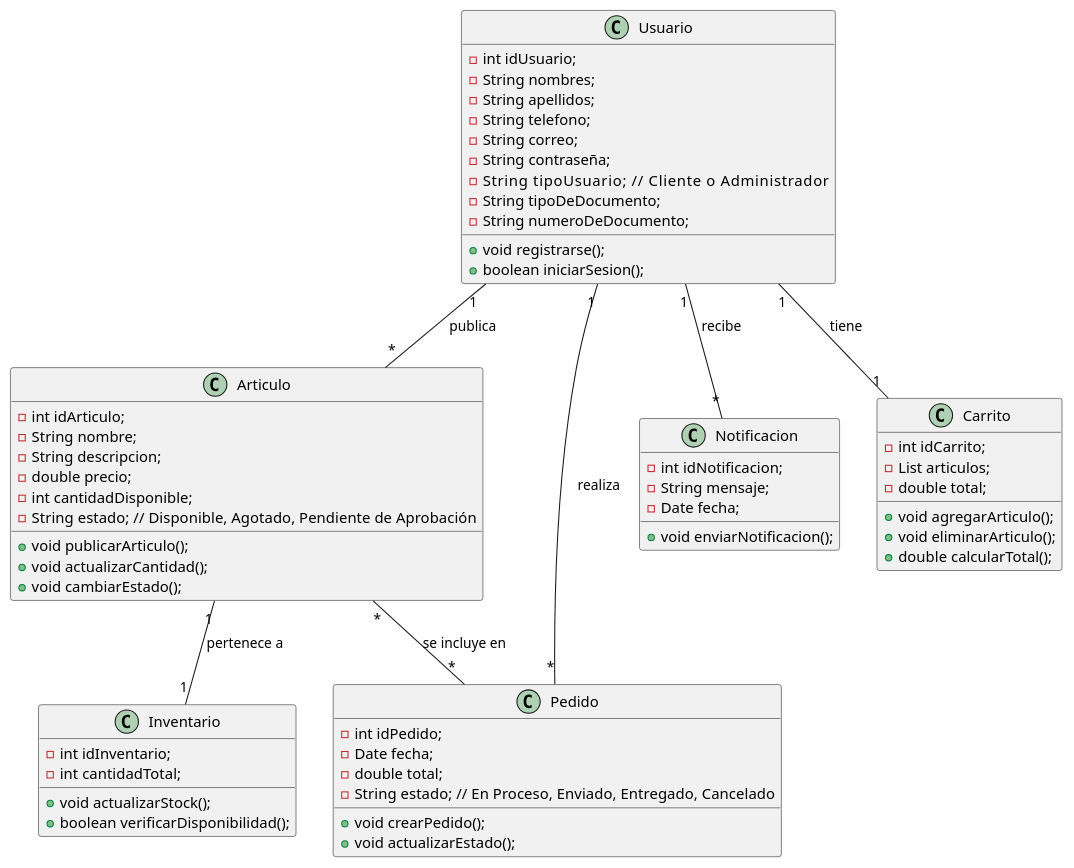
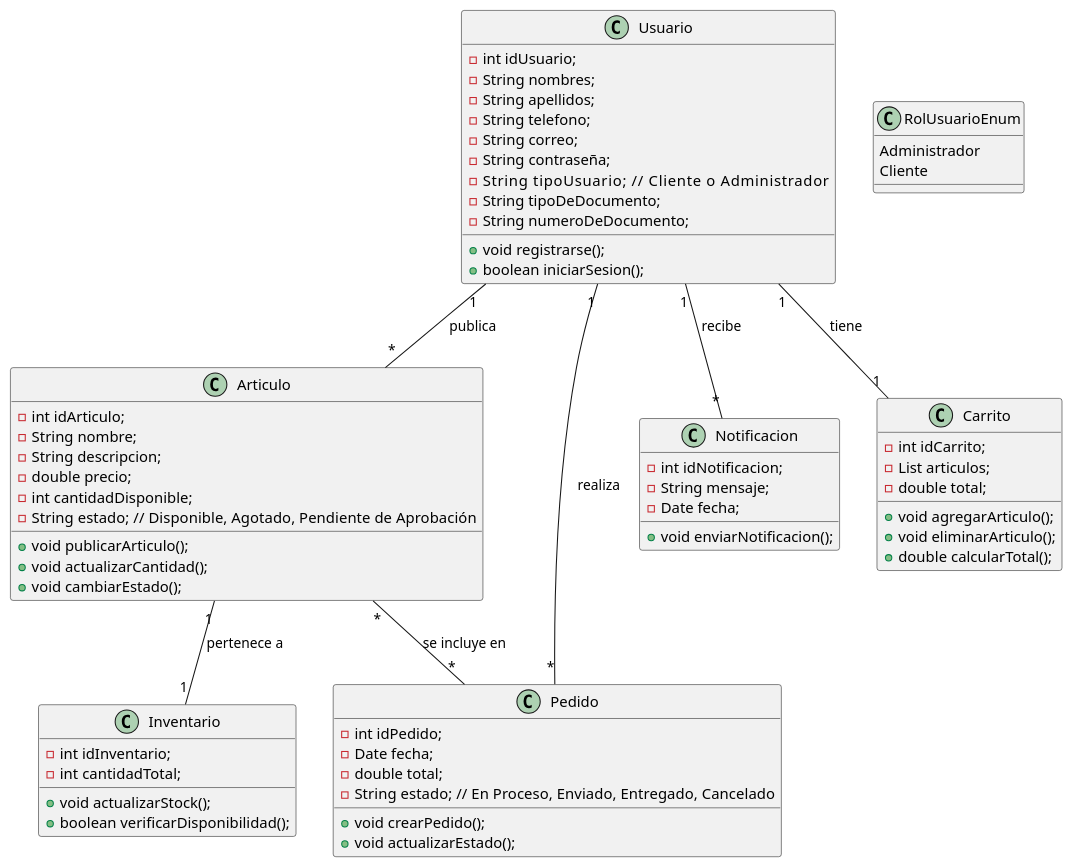
One commit to AntonioAguilar99/ProyectoAulaTechWheels changed the diagram in src/techwheels/Diagramas/DiagranaClasesConceptual.puml. Above: the diagram before and after it, drawn with PlantUML. The commit also changed 9 other files, not shown here.

```diff
--- a/src/techwheels/Diagramas/DiagranaClasesConceptual.puml
+++ b/src/techwheels/Diagramas/DiagranaClasesConceptual.puml
@@ -1,75 +1,81 @@
 @startuml
 
 class Usuario {
   - int idUsuario;
   - String nombres;
   - String apellidos;
   - String telefono;
   - String correo;
   - String contraseña;
   - String tipoUsuario;         // Cliente o Administrador
   - String tipoDeDocumento;
   - String numeroDeDocumento;
 
   + void registrarse();
   + boolean iniciarSesion();
 }
 
 class Articulo {
   - int idArticulo;
   - String nombre;
   - String descripcion;
   - double precio;
   - int cantidadDisponible;
   - String estado;  // Disponible, Agotado, Pendiente de Aprobación
 
   + void publicarArticulo();
   + void actualizarCantidad();
   + void cambiarEstado();
 }
 
 class Pedido {
   - int idPedido;
   - Date fecha;
   - double total;
   - String estado;  // En Proceso, Enviado, Entregado, Cancelado
 
   + void crearPedido();
   + void actualizarEstado();
 }
 
 class Inventario {
   - int idInventario;
   - int cantidadTotal;
 
   + void actualizarStock();
   + boolean verificarDisponibilidad();
 }
 
 class Notificacion {
   - int idNotificacion;
   - String mensaje;
   - Date fecha;
 
   + void enviarNotificacion();
 }
 
 class Carrito {
   - int idCarrito;
   - List articulos;
   - double total;
 
   + void agregarArticulo();
   + void eliminarArticulo();
   + double calcularTotal();
 }
 
 ' Relaciones
 Usuario "1" -- "*" Articulo : publica
 Usuario "1" -- "*" Pedido : realiza
 Articulo "*" -- "*" Pedido : se incluye en
 Articulo "1" -- "1" Inventario : pertenece a
 Usuario "1" -- "*" Notificacion : recibe
 Usuario "1" -- "1" Carrito : tiene
 
+class RolUsuarioEnum{
+Administrador
+Cliente
+ 
+}
+
 @enduml
```
